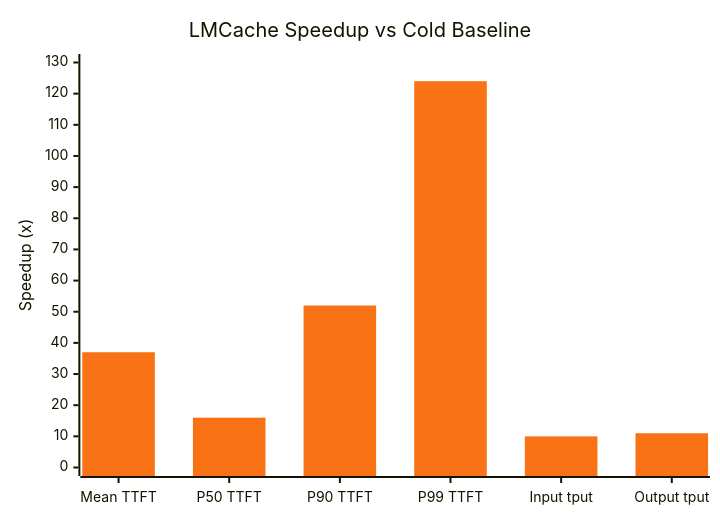
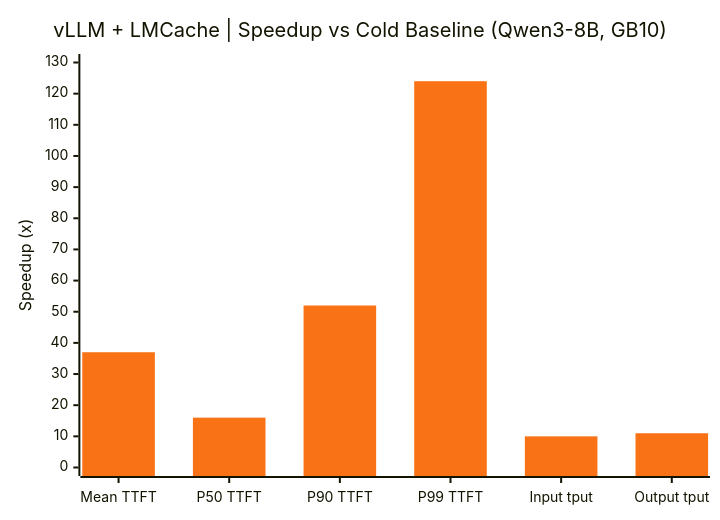
Before and after one commit to umianta/lmcache-vllm: the first of 4 diagrams in README.md, drawn with Mermaid. The commit also changed other lines of this file, not shown here.

Commit message:
Update README: colorful Mermaid charts with vLLM + LMCache branding

````diff
--- a/README.md
+++ b/README.md
@@ -229,8 +229,8 @@
 ```mermaid
 %%{init: {'theme': 'base', 'themeVariables': {'xyChart': {'plotColorPalette': '#f97316'}}}}%%
 xychart-beta
-    title "LMCache Speedup vs Cold Baseline"
+    title "vLLM + LMCache | Speedup vs Cold Baseline (Qwen3-8B, GB10)"
     x-axis ["Mean TTFT", "P50 TTFT", "P90 TTFT", "P99 TTFT", "Input tput", "Output tput"]
     y-axis "Speedup (x)" 0 --> 130
     bar [37, 16, 52, 124, 10, 11]
 ```
````
